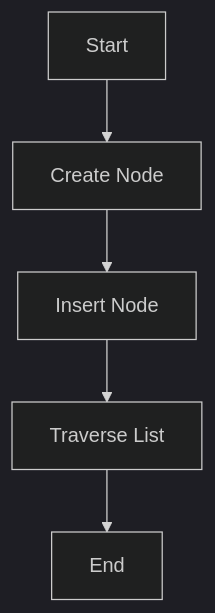
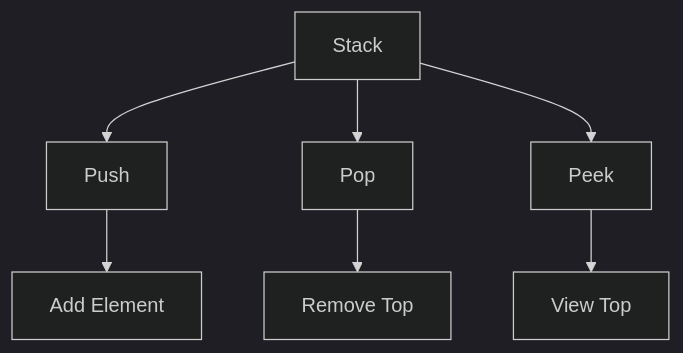
The fourth of 11 diagrams in README.md (SHYAM-001/DataStructures), drawn with Mermaid (dark theme) before and after one commit. The commit also changed other lines of this file, not shown here.

````diff
--- a/README.md
+++ b/README.md
@@ -191,7 +356,9 @@
 ```mermaid
-graph TD;
-    A[Start] --> B[Create Node]
-    B --> C[Insert Node]
-    C --> D[Traverse List]
-    D --> E[End]
+graph TD
+    A[Stack] --> B[Push]
+    A --> C[Pop]
+    A --> D[Peek]
+    B --> E[Add Element]
+    C --> F[Remove Top]
+    D --> G[View Top]
 ```
````
